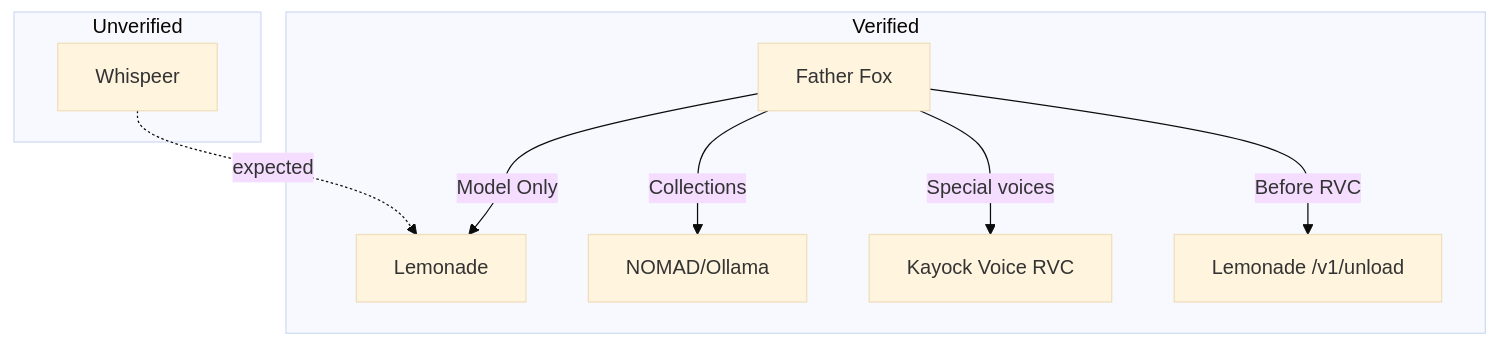
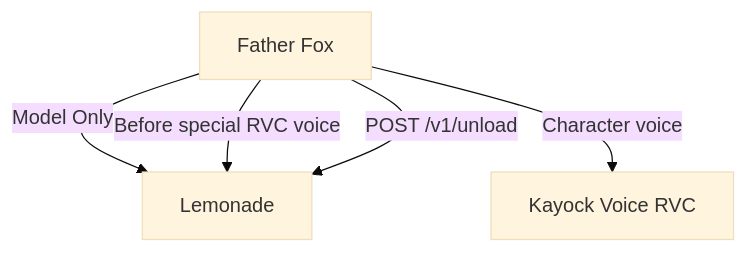
The diagram in docs/integrations.md (kayock/kayock-shared-local-ai), drawn with Mermaid (base theme) before and after one commit. The commit also changed other lines of this file and 7 other files, not shown here.

````diff
--- a/docs/integrations.md
+++ b/docs/integrations.md
@@ -54,15 +51,11 @@
 ```mermaid
 flowchart TD
-    subgraph Verified
-        FF["Father Fox"]
-        FF -->|"Model Only"| L["Lemonade"]
-        FF -->|"Collections"| N["NOMAD/Ollama"]
-        FF -->|"Special voices"| R["Kayock Voice RVC"]
-        FF -->|"Before RVC"| U["Lemonade /v1/unload"]
-    end
+    FF["Father Fox"]
+    L["Lemonade"]
+    R["Kayock Voice RVC"]
 
-    subgraph Unverified
-        WH["Whispeer"]
-        WH -.->|"expected"| L
-    end
+    FF -->|"Model Only"| L
+    FF -->|"Before special RVC voice"| L
+    FF -->|"POST /v1/unload"| L
+    FF -->|"Character voice"| R
 ```
````
